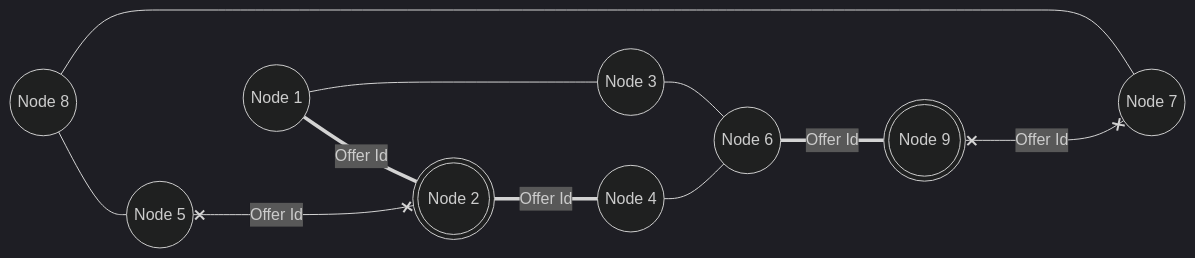
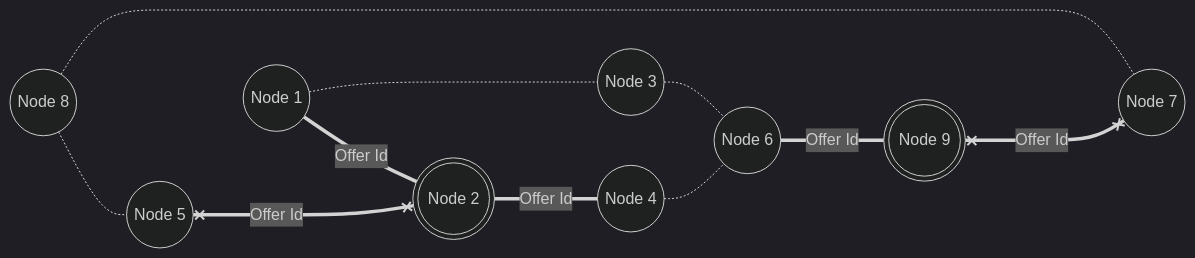
The seventh of 10 diagrams in arch-snapshot/arch.md (golemfactory/golem-architecture), drawn with Mermaid (dark theme) before and after one commit. The commit also changed other lines of this file, not shown here.

Commit message:
Attempt to fix flowchart arrows

````diff
--- a/arch-snapshot/arch.md
+++ b/arch-snapshot/arch.md
@@ -645,23 +645,23 @@
 ```mermaid
 flowchart LR
   Node1((Node 1))
   Node2(((Node 2)))
   Node3((Node 3))
   Node4((Node 4))
   Node5((Node 5))
   Node6((Node 6))
   Node7((Node 7))
   Node8((Node 8))
   Node9(((Node 9)))
   
   Node1 === |Offer Id| Node2
-  Node1 --- Node3
+  Node1 -.- Node3
   Node2 === |Offer Id| Node4
-  Node3 --- Node6
-  Node4 --- Node6
-  Node5 x---x |Offer Id| Node2
+  Node3 -.- Node6
+  Node4 -.- Node6
+  Node5 x===x |Offer Id| Node2
   Node6 === |Offer Id| Node9
-  Node8 --- Node7
-  Node8 --- Node5
-  Node9 x---x |Offer Id| Node7
+  Node8 -.- Node7
+  Node8 -.- Node5
+  Node9 x===x |Offer Id| Node7
 ```
````
